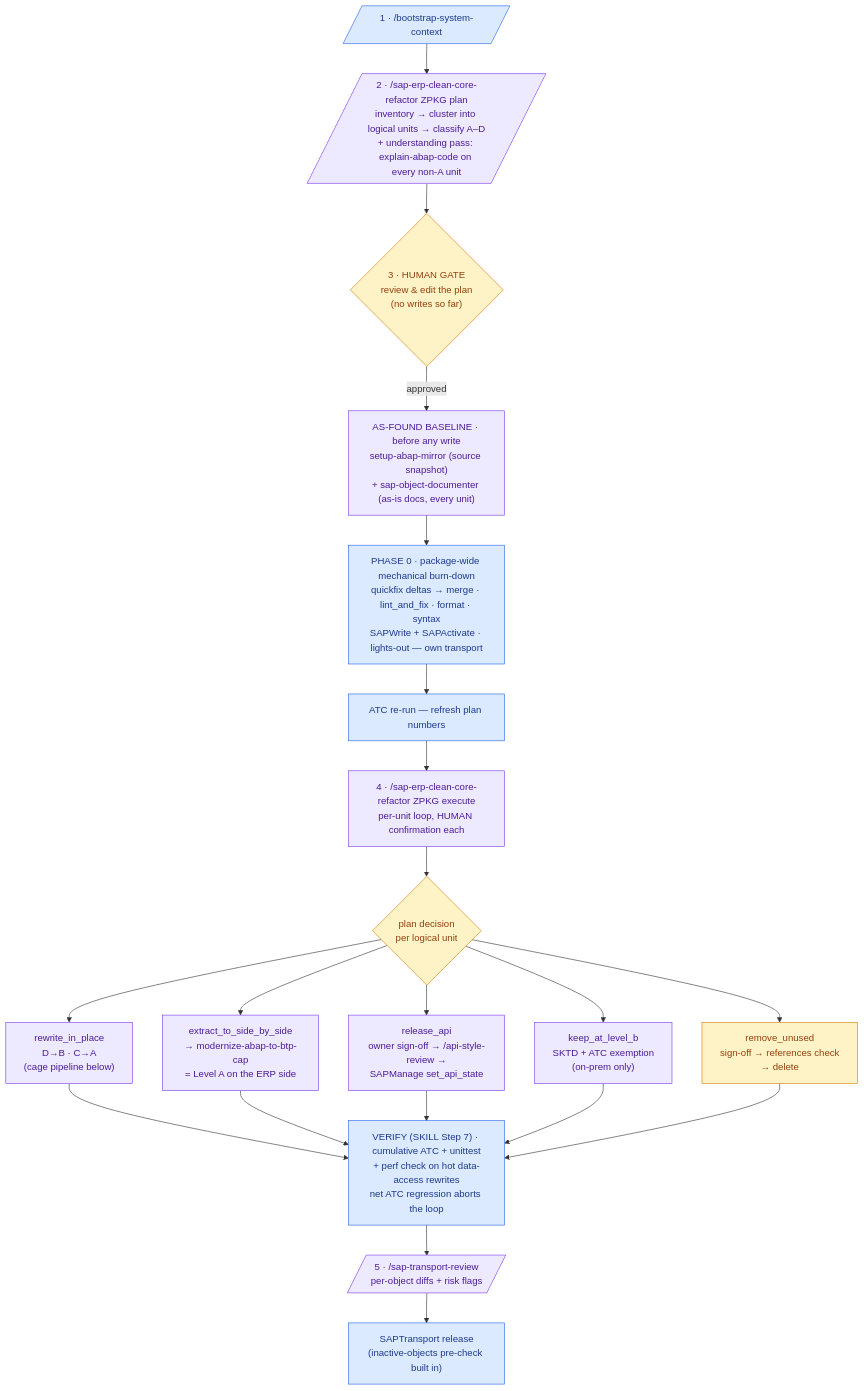
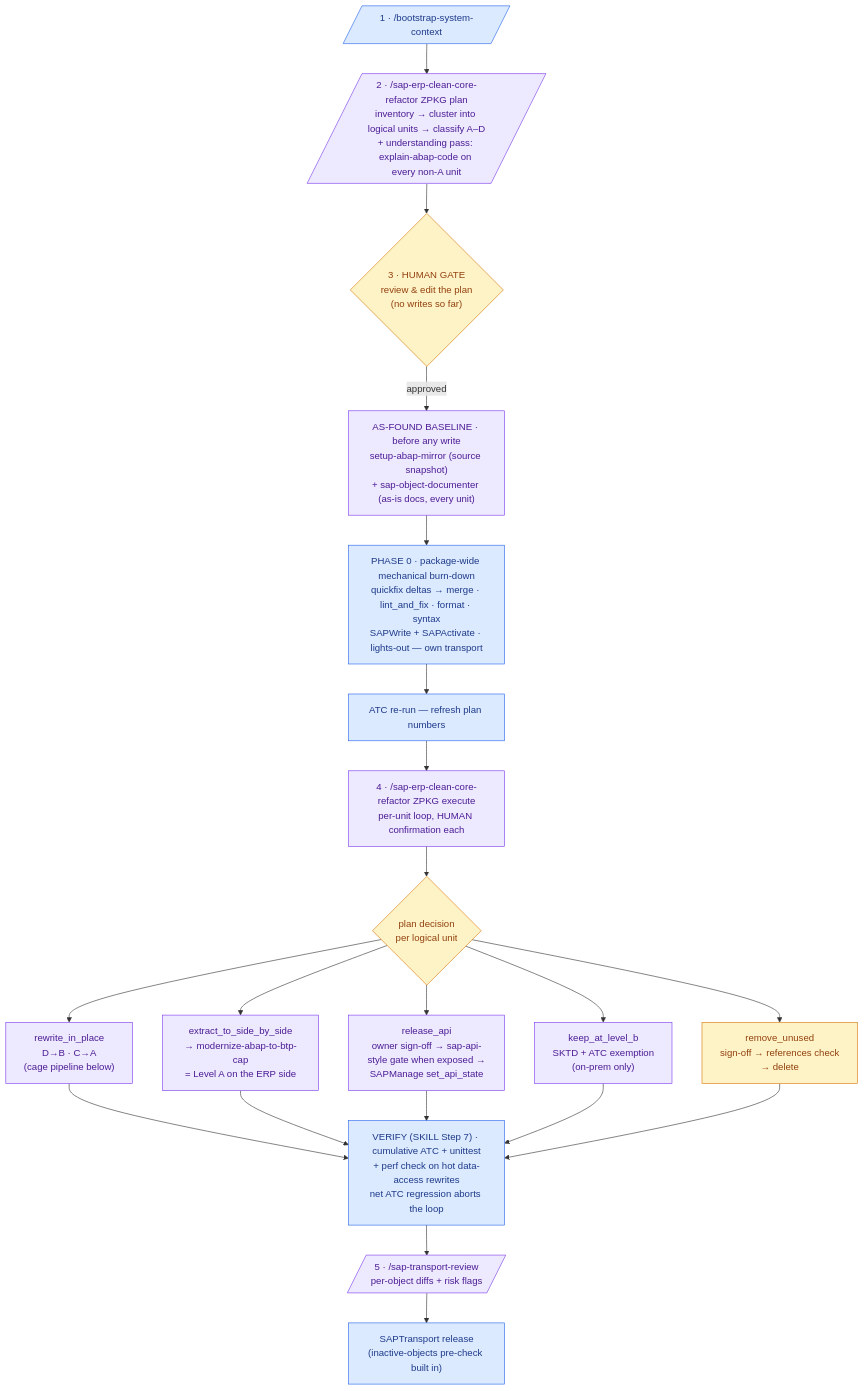
One commit to Raistlin82/arc-1-fork changed the first of 2 diagrams in skills/sap-erp-clean-core-refactor/WORKFLOW.md. Above: the diagram before and after it, drawn with Mermaid. The commit also changed other lines of this file and 13 other files, not shown here.

Commit message:
docs(skills): gate SAP companion integrations

````diff
--- a/skills/sap-erp-clean-core-refactor/WORKFLOW.md
+++ b/skills/sap-erp-clean-core-refactor/WORKFLOW.md
@@ -40,27 +40,27 @@
 ```mermaid
 flowchart TD
     S1[/"1 · /bootstrap-system-context"/]:::det --> S2[/"2 · /sap-erp-clean-core-refactor ZPKG plan<br/>inventory → cluster into logical units → classify A–D<br/>+ understanding pass: explain-abap-code on every non-A unit"/]:::gen
     S2 --> S3{"3 · HUMAN GATE<br/>review &amp; edit the plan<br/>(no writes so far)"}:::hum
     S3 -->|approved| BL["AS-FOUND BASELINE · before any write<br/>setup-abap-mirror (source snapshot)<br/>+ sap-object-documenter (as-is docs, every unit)"]:::gen
     BL --> P0["PHASE 0 · package-wide mechanical burn-down<br/>quickfix deltas → merge · lint_and_fix · format · syntax<br/>SAPWrite + SAPActivate · lights-out — own transport"]:::det
     P0 --> P0R["ATC re-run — refresh plan numbers"]:::det
     P0R --> EX["4 · /sap-erp-clean-core-refactor ZPKG execute<br/>per-unit loop, HUMAN confirmation each"]:::gen
     EX --> DEC{"plan decision<br/>per logical unit"}:::hum
     DEC --> RW["rewrite_in_place<br/>D→B · C→A<br/>(cage pipeline below)"]:::gen
     DEC --> SBS["extract_to_side_by_side<br/>→ modernize-abap-to-btp-cap<br/>= Level A on the ERP side"]:::gen
-    DEC --> REL["release_api<br/>owner sign-off → /api-style-review →<br/>SAPManage set_api_state"]:::gen
+    DEC --> REL["release_api<br/>owner sign-off → sap-api-style gate when exposed →<br/>SAPManage set_api_state"]:::gen
     DEC --> KB["keep_at_level_b<br/>SKTD + ATC exemption<br/>(on-prem only)"]:::gen
     DEC --> RM["remove_unused<br/>sign-off → references check<br/>→ delete"]:::hum
     RW --> V
     SBS --> V
     REL --> V
     KB --> V
     RM --> V
     V["VERIFY (SKILL Step 7) · cumulative ATC + unittest<br/>+ perf check on hot data-access rewrites<br/>net ATC regression aborts the loop"]:::det
     V --> TR[/"5 · /sap-transport-review<br/>per-object diffs + risk flags"/]:::gen
     TR --> DONE["SAPTransport release<br/>(inactive-objects pre-check built in)"]:::det
 
     classDef det fill:#dbeafe,stroke:#2563eb,color:#1e3a8a
     classDef gen fill:#ede9fe,stroke:#7c3aed,color:#4c1d95
     classDef hum fill:#fef3c7,stroke:#d97706,color:#92400e
 ```
````
